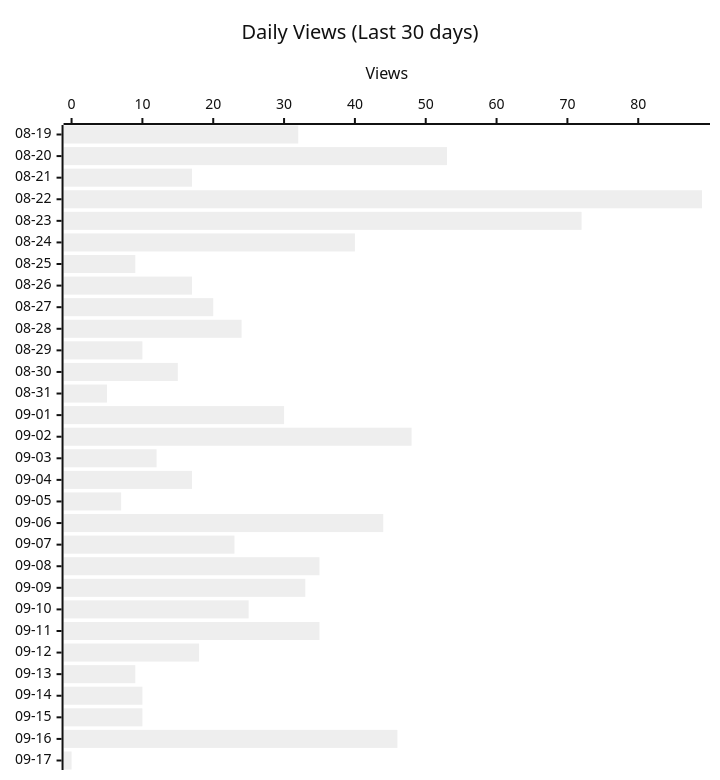
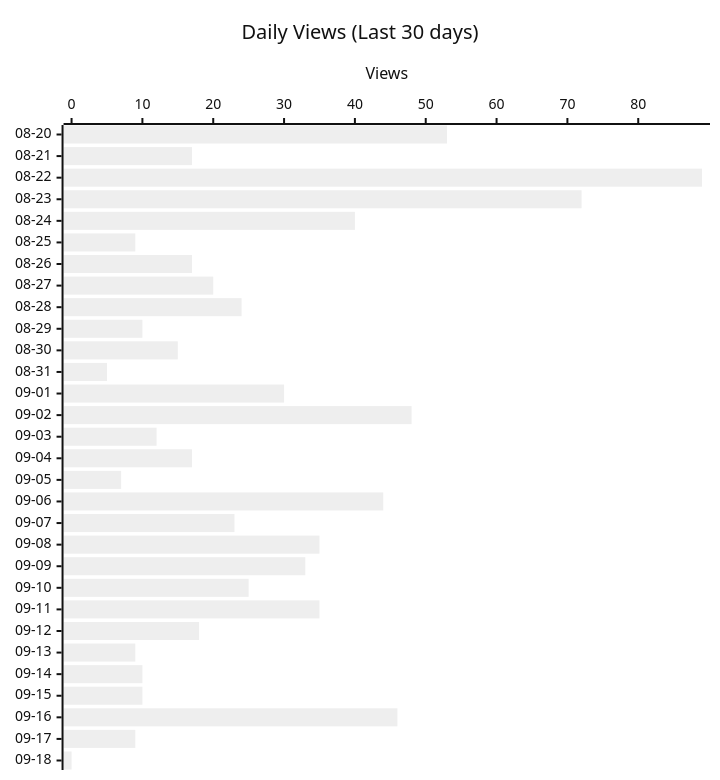
One commit to shigechika/github-insights changed the second of 4 diagrams in README.md. Above: the diagram before and after it, drawn with Mermaid (neutral theme). The commit also changed other lines of this file and 2 other files, not shown here.

````diff
--- a/README.md
+++ b/README.md
@@ -28,12 +28,12 @@
 ```mermaid
 ---
 config:
   xyChart:
     height: 760
 ---
 xychart-beta horizontal
     title "Daily Views (Last 30 days)"
-    x-axis ["08-19", "08-20", "08-21", "08-22", "08-23", "08-24", "08-25", "08-26", "08-27", "08-28", "08-29", "08-30", "08-31", "09-01", "09-02", "09-03", "09-04", "09-05", "09-06", "09-07", "09-08", "09-09", "09-10", "09-11", "09-12", "09-13", "09-14", "09-15", "09-16", "09-17"]
+    x-axis ["08-20", "08-21", "08-22", "08-23", "08-24", "08-25", "08-26", "08-27", "08-28", "08-29", "08-30", "08-31", "09-01", "09-02", "09-03", "09-04", "09-05", "09-06", "09-07", "09-08", "09-09", "09-10", "09-11", "09-12", "09-13", "09-14", "09-15", "09-16", "09-17", "09-18"]
     y-axis "Views"
-    bar [32, 53, 17, 89, 72, 40, 9, 17, 20, 24, 10, 15, 5, 30, 48, 12, 17, 7, 44, 23, 35, 33, 25, 35, 18, 9, 10, 10, 46, 0]
+    bar [53, 17, 89, 72, 40, 9, 17, 20, 24, 10, 15, 5, 30, 48, 12, 17, 7, 44, 23, 35, 33, 25, 35, 18, 9, 10, 10, 46, 9, 0]
 ```
````
